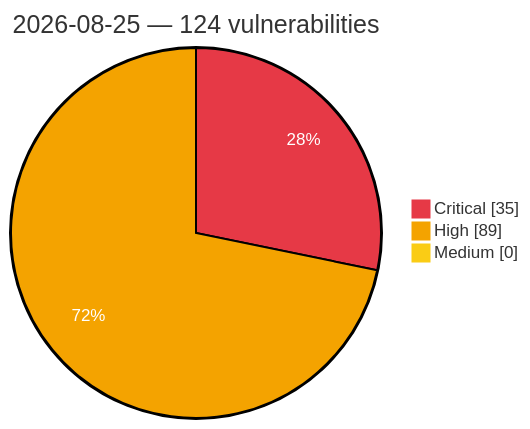
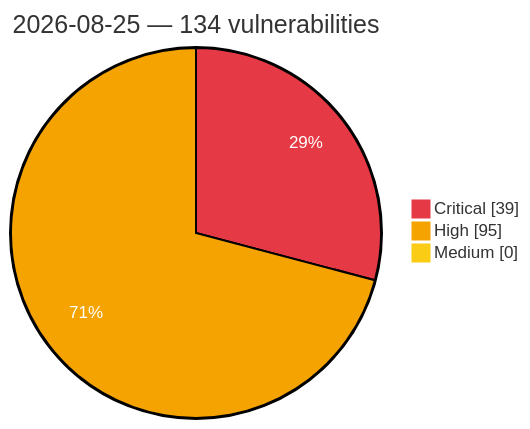
One commit to GhostX0X/vuln-tracker changed the diagram in vulnerabilities/2026/August/2026-08-25.md. Above: the diagram before and after it, drawn with Mermaid. The commit also changed other lines of this file and 5 other files, not shown here.

Commit message:
Auto update: critical/high vulns (2026-08-25 21:43 UTC)

````diff
--- a/vulnerabilities/2026/August/2026-08-25.md
+++ b/vulnerabilities/2026/August/2026-08-25.md
@@ -3,8 +3,8 @@
 ```mermaid
 %%{init: {'theme':'base', 'themeVariables': {'pie1':'#e63946', 'pie2':'#f4a300', 'pie3':'#facc15', 'pieOpacity':'1', 'pieOuterStrokeWidth':'2px', 'pieSectionTextColor':'#ffffff'}}}%%
 pie showData
-    title 2026-08-25 — 124 vulnerabilities
-    "Critical" : 35
-    "High" : 89
+    title 2026-08-25 — 134 vulnerabilities
+    "Critical" : 39
+    "High" : 95
     "Medium" : 0
 ```
````
